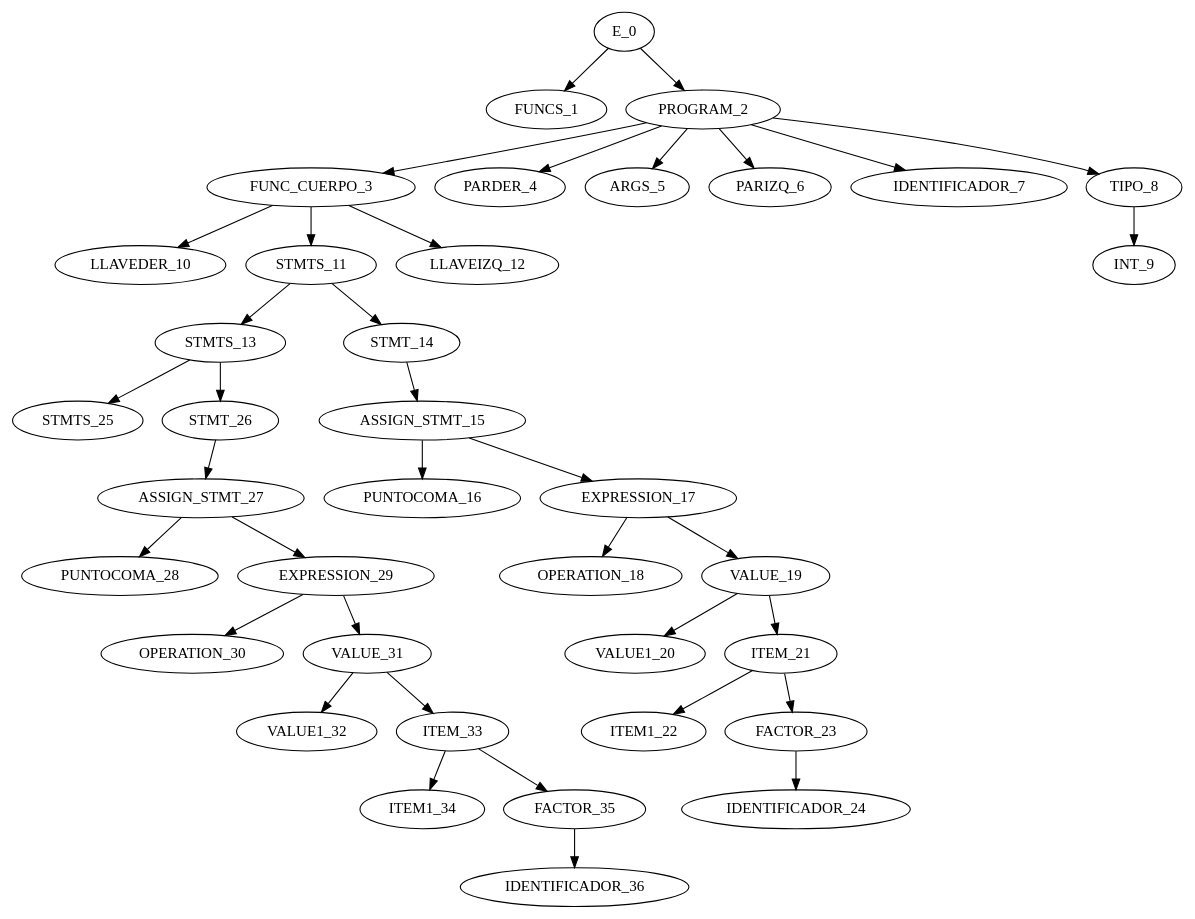
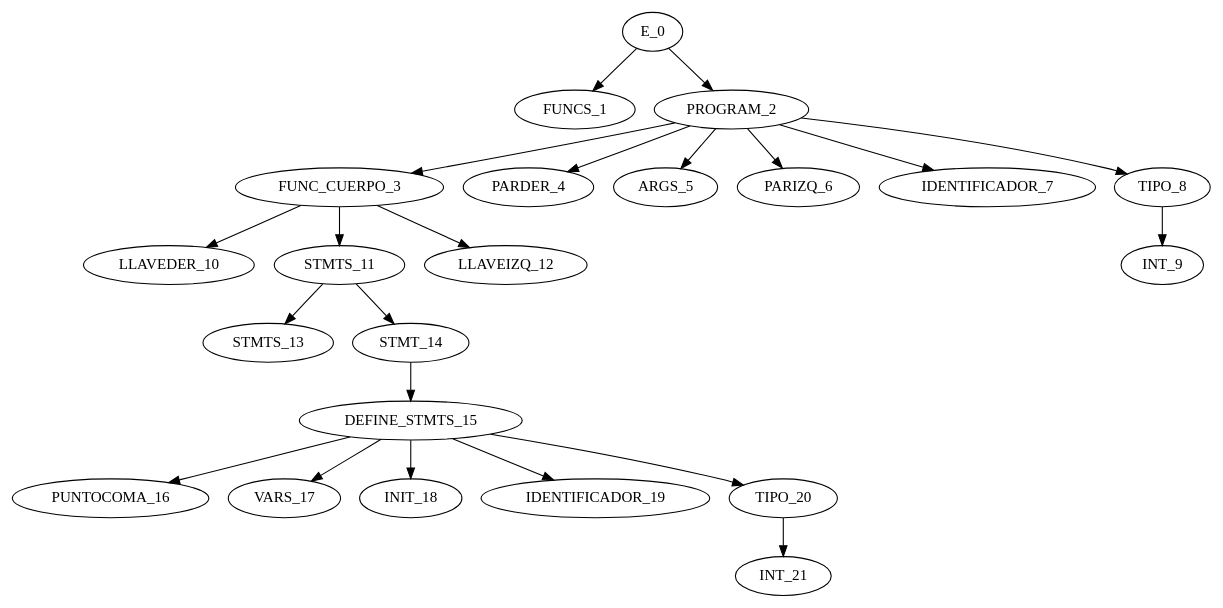
Before and after one commit to lfuis201/ll1-parser-blincode: the diagram in parserwaa.dot, drawn with Graphviz. The commit also changed 8 other files, not shown here.

```diff
--- a/parserwaa.dot
+++ b/parserwaa.dot
@@ -1,38 +1,23 @@
 digraph {
 E_0 -> FUNCS_1;
 E_0 -> PROGRAM_2;
 PROGRAM_2 -> FUNC_CUERPO_3;
 FUNC_CUERPO_3 -> LLAVEDER_10;
 FUNC_CUERPO_3 -> STMTS_11;
 STMTS_11 -> STMTS_13;
-STMTS_13 -> STMTS_25;
-STMTS_13 -> STMT_26;
-STMT_26 -> ASSIGN_STMT_27;
-ASSIGN_STMT_27 -> PUNTOCOMA_28;
-ASSIGN_STMT_27 -> EXPRESSION_29;
-EXPRESSION_29 -> OPERATION_30;
-EXPRESSION_29 -> VALUE_31;
-VALUE_31 -> VALUE1_32;
-VALUE_31 -> ITEM_33;
-ITEM_33 -> ITEM1_34;
-ITEM_33 -> FACTOR_35;
-FACTOR_35 -> IDENTIFICADOR_36;
 STMTS_11 -> STMT_14;
-STMT_14 -> ASSIGN_STMT_15;
-ASSIGN_STMT_15 -> PUNTOCOMA_16;
-ASSIGN_STMT_15 -> EXPRESSION_17;
-EXPRESSION_17 -> OPERATION_18;
-EXPRESSION_17 -> VALUE_19;
-VALUE_19 -> VALUE1_20;
-VALUE_19 -> ITEM_21;
-ITEM_21 -> ITEM1_22;
-ITEM_21 -> FACTOR_23;
-FACTOR_23 -> IDENTIFICADOR_24;
+STMT_14 -> DEFINE_STMTS_15;
+DEFINE_STMTS_15 -> PUNTOCOMA_16;
+DEFINE_STMTS_15 -> VARS_17;
+DEFINE_STMTS_15 -> INIT_18;
+DEFINE_STMTS_15 -> IDENTIFICADOR_19;
+DEFINE_STMTS_15 -> TIPO_20;
+TIPO_20 -> INT_21;
 FUNC_CUERPO_3 -> LLAVEIZQ_12;
 PROGRAM_2 -> PARDER_4;
 PROGRAM_2 -> ARGS_5;
 PROGRAM_2 -> PARIZQ_6;
 PROGRAM_2 -> IDENTIFICADOR_7;
 PROGRAM_2 -> TIPO_8;
 TIPO_8 -> INT_9;
 }
```
